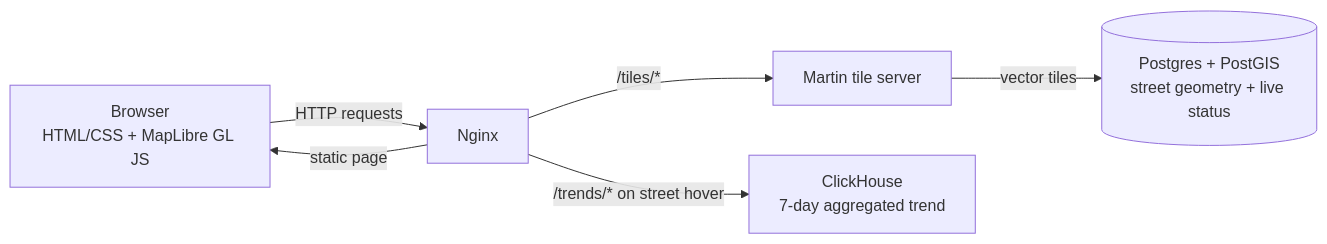
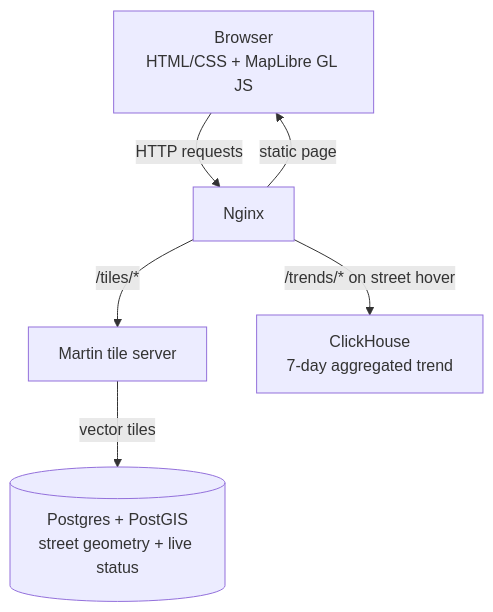
One commit to km1368/geostream-maps changed the second of 3 diagrams in README.md. Above: the diagram before and after it, drawn with Mermaid. The commit also changed other lines of this file and 2 other files, not shown here.

````diff
--- a/README.md
+++ b/README.md
@@ -42,8 +42,8 @@
 ```mermaid
-flowchart LR
+flowchart TD
     U["Browser<br/>HTML/CSS + MapLibre GL JS"] -->|"HTTP requests"| NG["Nginx"]
     NG -->|"static page"| U
     NG -->|"/tiles/*"| MA["Martin tile server"]
     MA -->|"vector tiles"| PG[("Postgres + PostGIS<br/>street geometry + live status")]
     NG -->|"/trends/* on street hover"| CH["ClickHouse<br/>7-day aggregated trend"]
 ```
````
